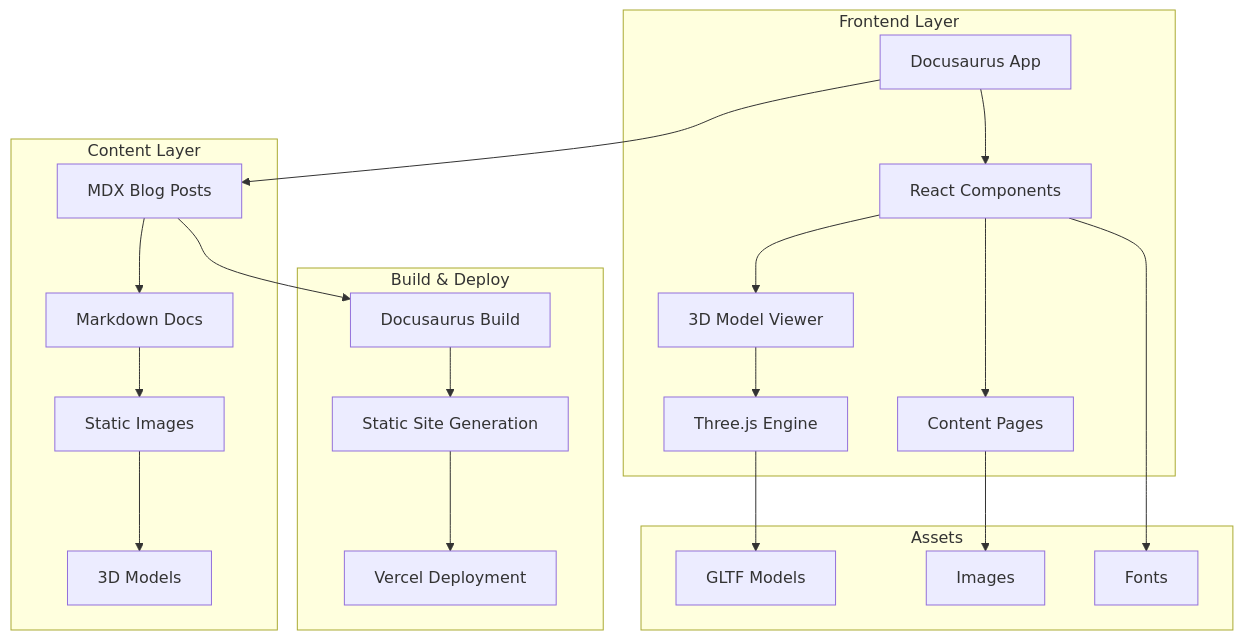
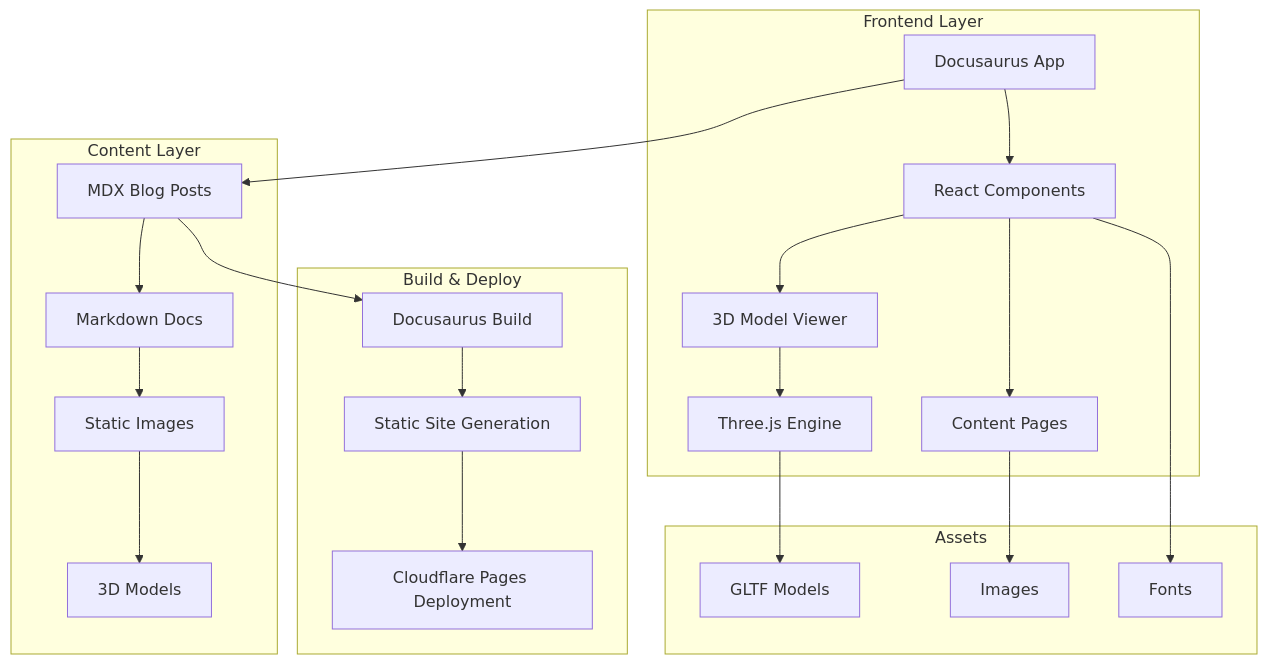
The first of 2 diagrams in README.md (ChanMeng666/minimalist-good-post), drawn with Mermaid before and after one commit. The commit also changed other lines of this file and 1 other file, not shown here.

First line of the commit message:
feat: migrate deployment from Vercel to Cloudflare Pages

````diff
--- a/README.md
+++ b/README.md
@@ -276,36 +276,36 @@
 ```mermaid
 graph TB
     subgraph "Frontend Layer"
         A[Docusaurus App] --> B[React Components]
         B --> C[3D Model Viewer]
         B --> D[Content Pages]
         C --> E[Three.js Engine]
     end
     
     subgraph "Content Layer"
         F[MDX Blog Posts] --> G[Markdown Docs]
         G --> H[Static Images]
         H --> I[3D Models]
     end
     
     subgraph "Build & Deploy"
         J[Docusaurus Build]
         K[Static Site Generation]
-        L[Vercel Deployment]
+        L[Cloudflare Pages Deployment]
     end
     
     A --> F
     F --> J
     J --> K
     K --> L
     
     subgraph "Assets"
         M[GLTF Models]
         N[Images]
         O[Fonts]
     end
     
     E --> M
     D --> N
     B --> O
 ```
````
